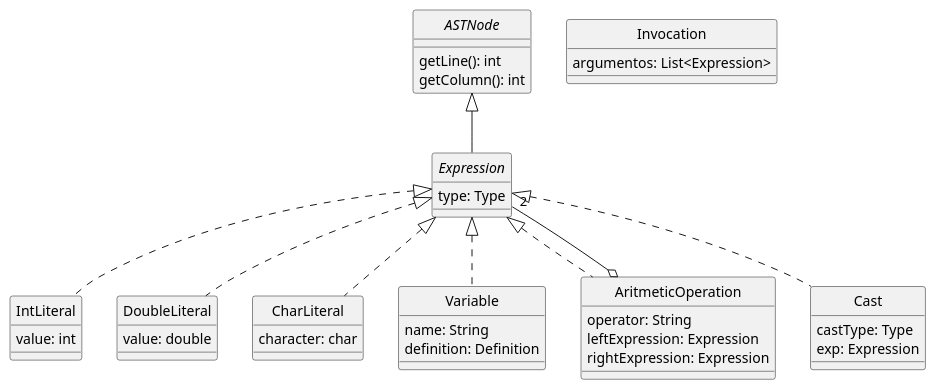
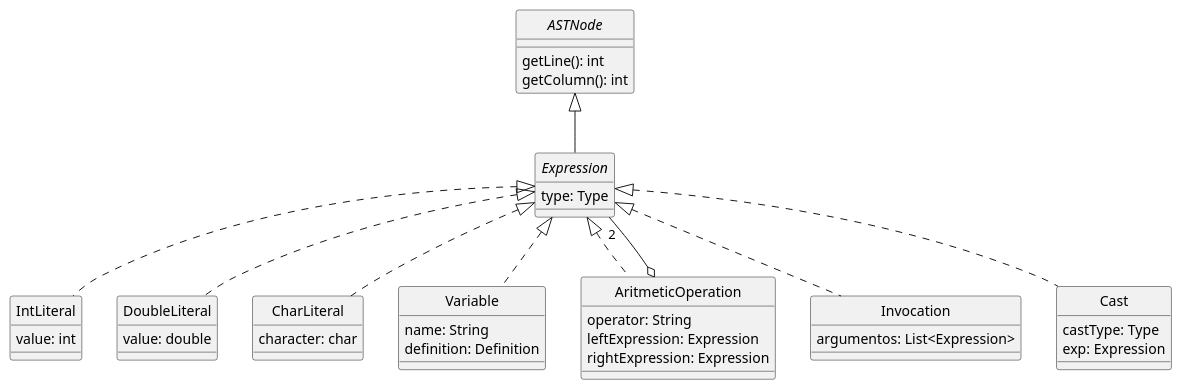
One commit to JonathanAriass/dlp-examen changed the diagram in docs/diagrams/expressions.plantuml. Above: the diagram before and after it, drawn with PlantUML. The commit also changed 2 other files, not shown here.

Commit message:
Xana UML before second class

```diff
--- a/docs/diagrams/expressions.plantuml
+++ b/docs/diagrams/expressions.plantuml
@@ -1,57 +1,57 @@
 @startuml Expressions
 skinparam style strictuml
 skinparam monochrome true
 
 
 interface ASTNode {
     getLine(): int
     getColumn(): int
 }
 
 interface Expression {
     type: Type
 }
 
 class IntLiteral {
     value: int
 }
 
 class DoubleLiteral {
     value: double
 }
 
 class CharLiteral {
     character: char
 }
 
 class Variable {
     name: String
     definition: Definition
 }
 
 class AritmeticOperation {
     operator: String
     leftExpression: Expression
     rightExpression: Expression
     ' Deben de poder ser evaluables
 }
 
-class Invocation {
+class Invocation implements Expression {
     argumentos: List<Expression>
 }
 
 class Cast {
     castType: Type
     exp: Expression
 }
 
 ASTNode <|-- Expression
 Expression <|.. IntLiteral
 Expression <|.. DoubleLiteral
 Expression <|.. CharLiteral
 Expression <|.. Variable
 Expression <|.. AritmeticOperation
 AritmeticOperation o-- "2" Expression
 Expression <|.. Cast
 
 @enduml
```
